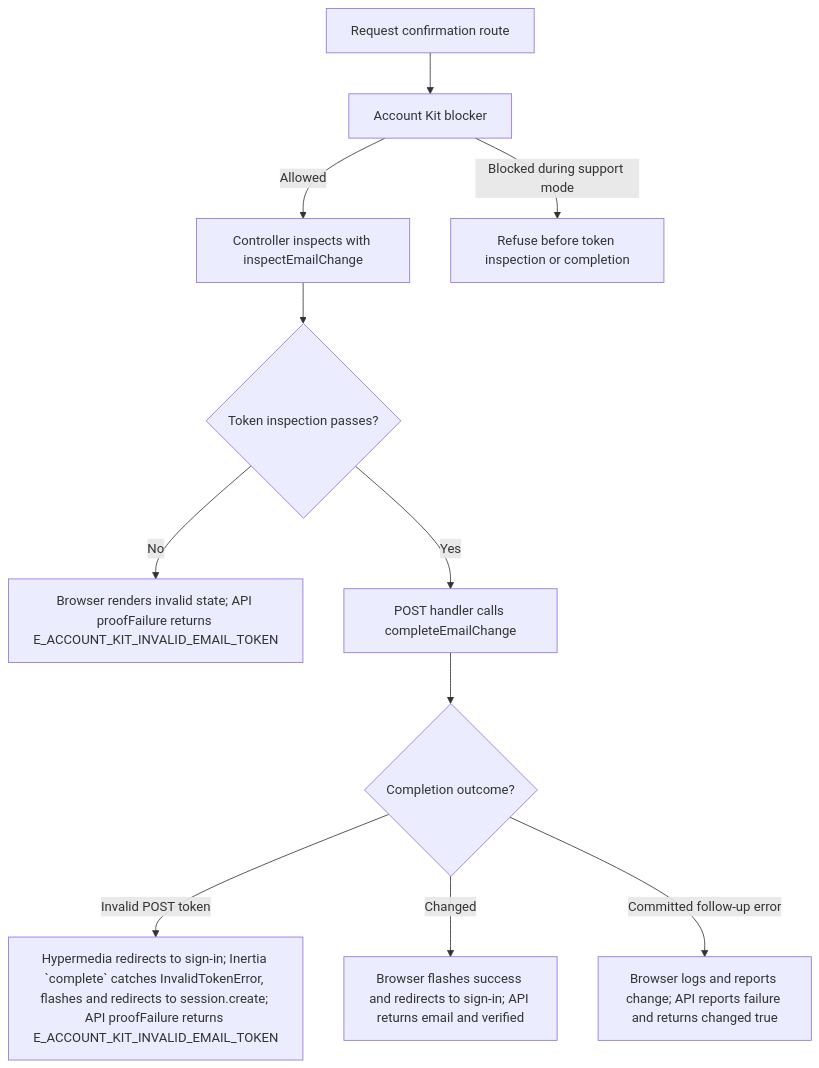
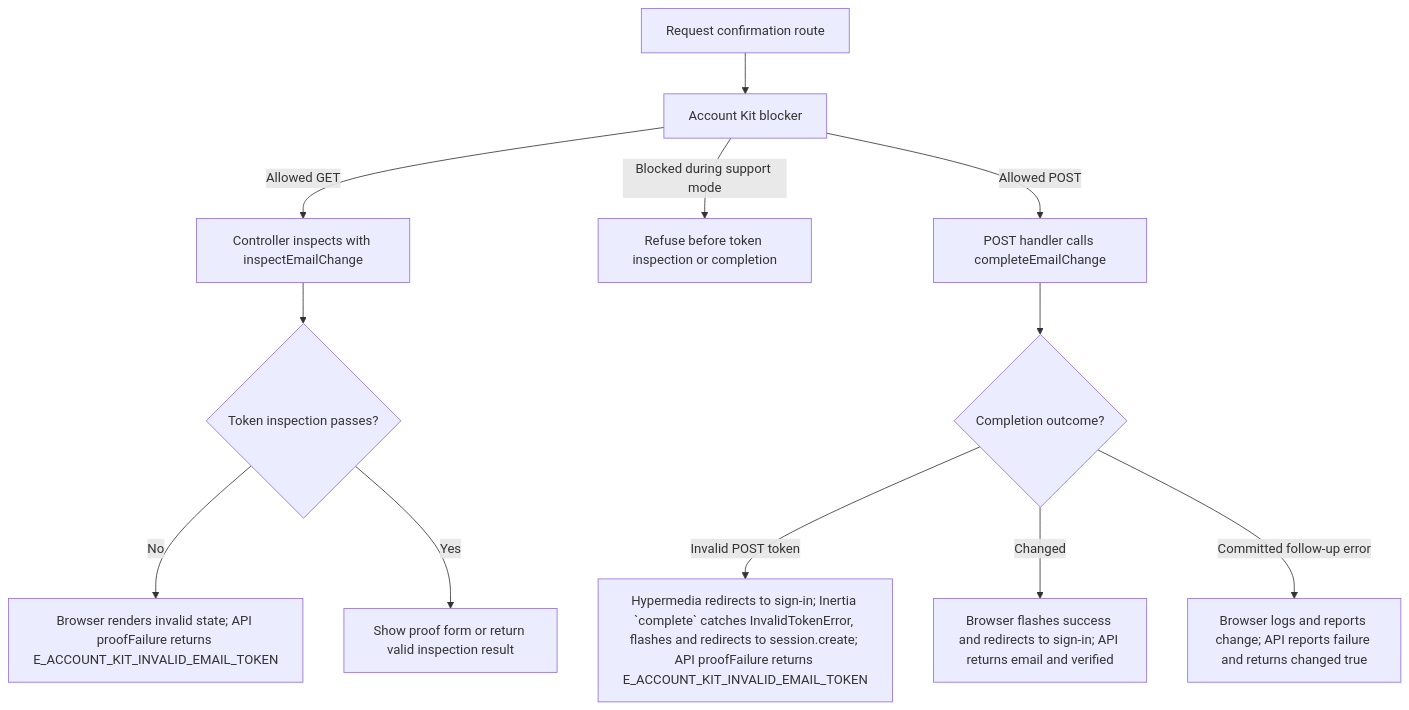
The second of 2 diagrams in user-stories/accounts/us-account-07-confirm-email-change.md (Kevinjohn/oss-adonisjs-starter-examples), drawn with Mermaid before and after one commit. The commit also changed 29 other files, not shown here.

````diff
--- a/user-stories/accounts/us-account-07-confirm-email-change.md
+++ b/user-stories/accounts/us-account-07-confirm-email-change.md
@@ -45,13 +45,14 @@
 ```mermaid
 flowchart TD
     A["Request confirmation route"] --> Z["Account Kit blocker"]
-    Z -->|Allowed| B["Controller inspects with inspectEmailChange"]
+    Z -->|Allowed GET| B["Controller inspects with inspectEmailChange"]
     Z -->|Blocked during support mode| Z1["Refuse before token inspection or completion"]
     B --> C{"Token inspection passes?"}
     C -->|No| D["Browser renders invalid state; API proofFailure returns E_ACCOUNT_KIT_INVALID_EMAIL_TOKEN"]
-    C -->|Yes| E["POST handler calls completeEmailChange"]
+    C -->|Yes| V["Show proof form or return valid inspection result"]
+    Z -->|Allowed POST| E["POST handler calls completeEmailChange"]
     E --> F{"Completion outcome?"}
     F -->|Invalid POST token| J["Hypermedia redirects to sign-in; Inertia `complete` catches InvalidTokenError, flashes and redirects to session.create; API proofFailure returns E_ACCOUNT_KIT_INVALID_EMAIL_TOKEN"]
     F -->|Changed| G["Browser flashes success and redirects to sign-in; API returns email and verified"]
     F -->|Committed follow-up error| H["Browser logs and reports change; API reports failure and returns changed true"]
 ```
````
